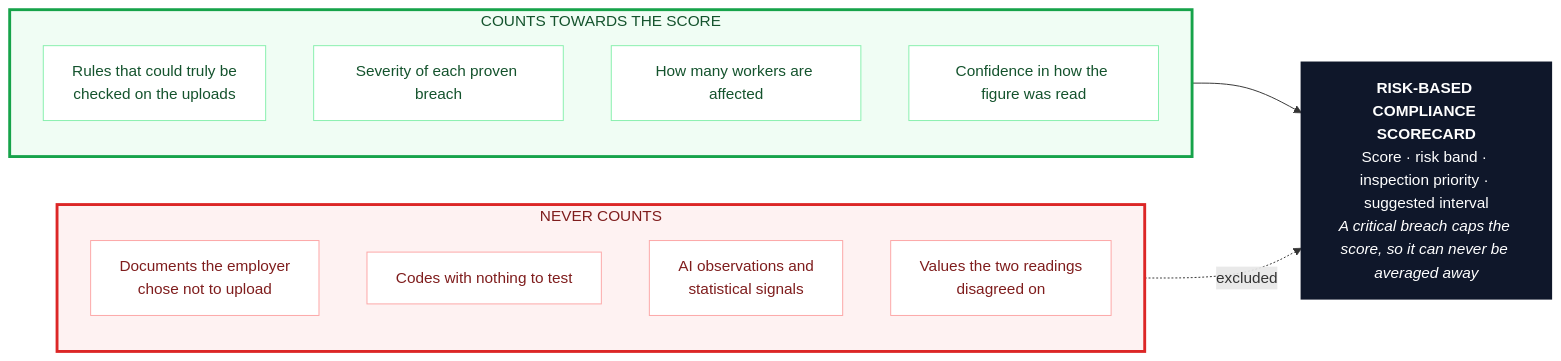
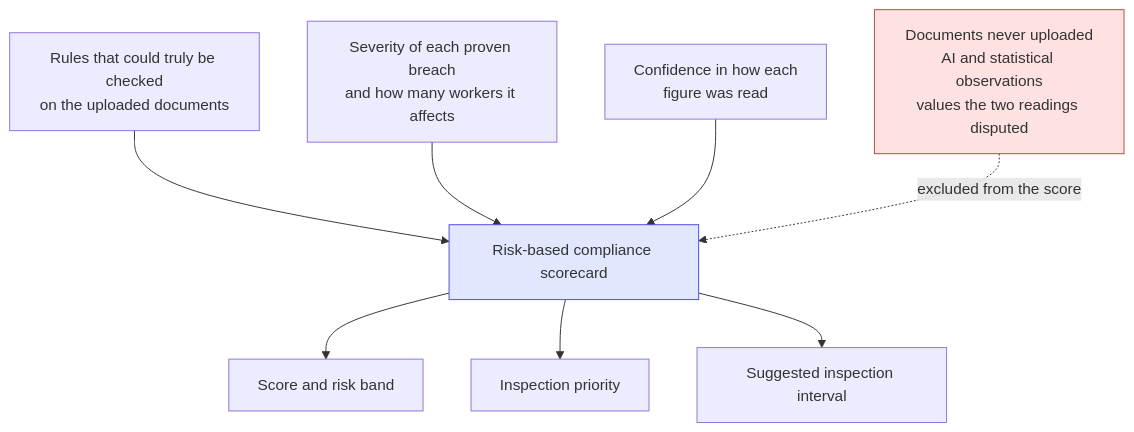
The fifth of 5 diagrams in README.md (23110572-hash/Shram-Drishti), drawn with Mermaid before and after one commit. The commit also changed other lines of this file, not shown here.

Commit message:
Rewrite README with Mermaid diagrams and problem statement mapping

````diff
--- a/README.md
+++ b/README.md
@@ -277,33 +206,13 @@
 ```mermaid
-flowchart LR
-    subgraph COUNTS["COUNTS TOWARDS THE SCORE"]
-        direction TB
-        C1["Rules that could truly be<br/>checked on the uploads"]
-        C2["Severity of each proven breach"]
-        C3["How many workers are affected"]
-        C4["Confidence in how the figure was read"]
-    end
+flowchart TB
+    A["Rules that could truly be checked<br/>on the uploaded documents"] --> E["Risk-based compliance scorecard"]
+    B["Severity of each proven breach<br/>and how many workers it affects"] --> E
+    C["Confidence in how each<br/>figure was read"] --> E
+    D["Documents never uploaded<br/>AI and statistical observations<br/>values the two readings disputed"] -.->|excluded from the score| E
+    E --> F["Score and risk band"]
+    E --> G["Inspection priority"]
+    E --> H["Suggested inspection interval"]
 
-    subgraph NEVER["NEVER COUNTS"]
-        direction TB
-        X1["Documents the employer<br/>chose not to upload"]
-        X2["Codes with nothing to test"]
-        X3["AI observations and<br/>statistical signals"]
-        X4["Values the two readings<br/>disagreed on"]
-    end
-
-    COUNTS --> OUT["<b>RISK-BASED COMPLIANCE SCORECARD</b><br/>Score · risk band · inspection priority · suggested interval<br/><i>A critical breach caps the score, so it can never be averaged away</i>"]
-    NEVER -.->|excluded| OUT
-
-    style COUNTS fill:#f0fdf4,stroke:#16a34a,stroke-width:3px,color:#14532d
-    style NEVER fill:#fef2f2,stroke:#dc2626,stroke-width:3px,color:#7f1d1d
-    style OUT fill:#0f172a,stroke:#0f172a,stroke-width:2px,color:#ffffff
-    style C1 fill:#ffffff,stroke:#86efac,color:#14532d
-    style C2 fill:#ffffff,stroke:#86efac,color:#14532d
-    style C3 fill:#ffffff,stroke:#86efac,color:#14532d
-    style C4 fill:#ffffff,stroke:#86efac,color:#14532d
-    style X1 fill:#ffffff,stroke:#fca5a5,color:#7f1d1d
-    style X2 fill:#ffffff,stroke:#fca5a5,color:#7f1d1d
-    style X3 fill:#ffffff,stroke:#fca5a5,color:#7f1d1d
-    style X4 fill:#ffffff,stroke:#fca5a5,color:#7f1d1d
+    style D fill:#fde2e1,stroke:#b04a3e
+    style E fill:#e0e7ff,stroke:#4f46e5
 ```
````
